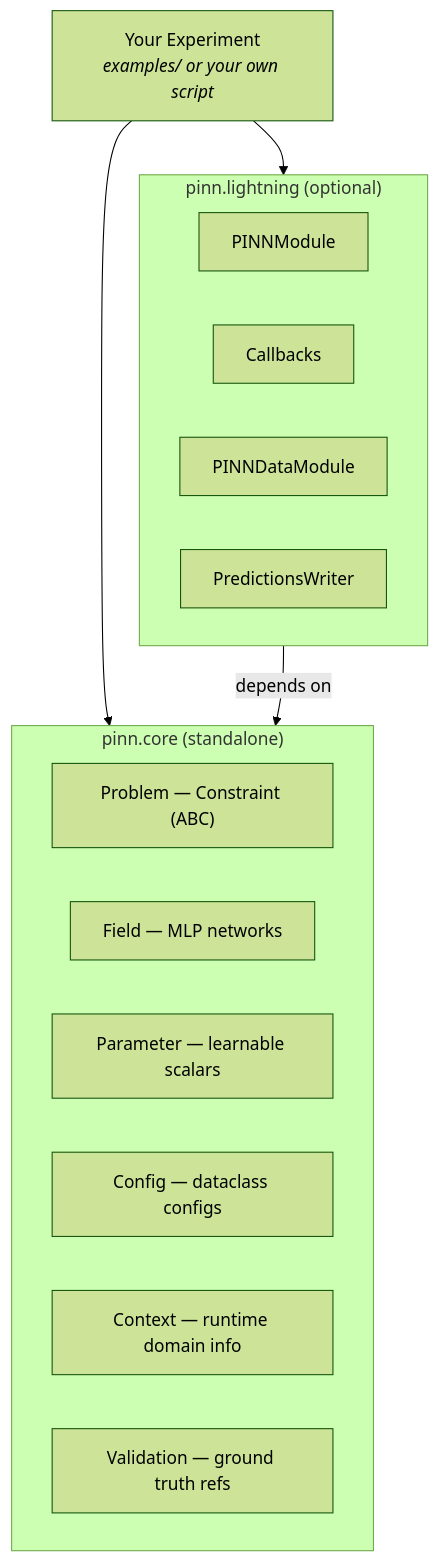
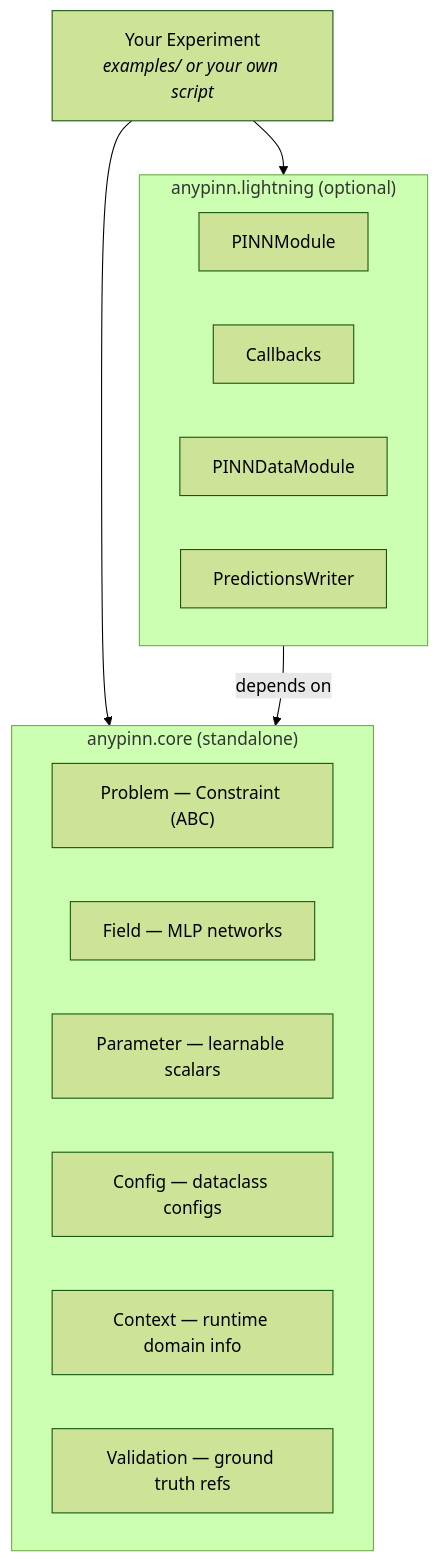
The first of 3 diagrams in README.md (giacomoguidotto/anypinn), drawn with Mermaid (forest theme) before and after one commit. The commit also changed other lines of this file and 59 other files, not shown here.

First line of the commit message:
refactor: rename package from pinn to anypinn

````diff
--- a/README.md
+++ b/README.md
@@ -36,27 +36,27 @@
 ```mermaid
 graph TD
     EXP["Your Experiment<br/><i>examples/ or your own script</i>"]
 
     EXP --> LIT
     EXP --> CORE
 
-    subgraph LIT["pinn.lightning (optional)"]
+    subgraph LIT["anypinn.lightning (optional)"]
         direction LR
         L1[PINNModule]
         L2[Callbacks]
         L3[PINNDataModule]
         L4[PredictionsWriter]
     end
 
-    subgraph CORE["pinn.core (standalone)"]
+    subgraph CORE["anypinn.core (standalone)"]
         direction LR
         C1["Problem — Constraint (ABC)"]
         C2["Field — MLP networks"]
         C3["Parameter — learnable scalars"]
         C4["Config — dataclass configs"]
         C5["Context — runtime domain info"]
         C6["Validation — ground truth refs"]
     end
 
     LIT -->|depends on| CORE
 ```
````
